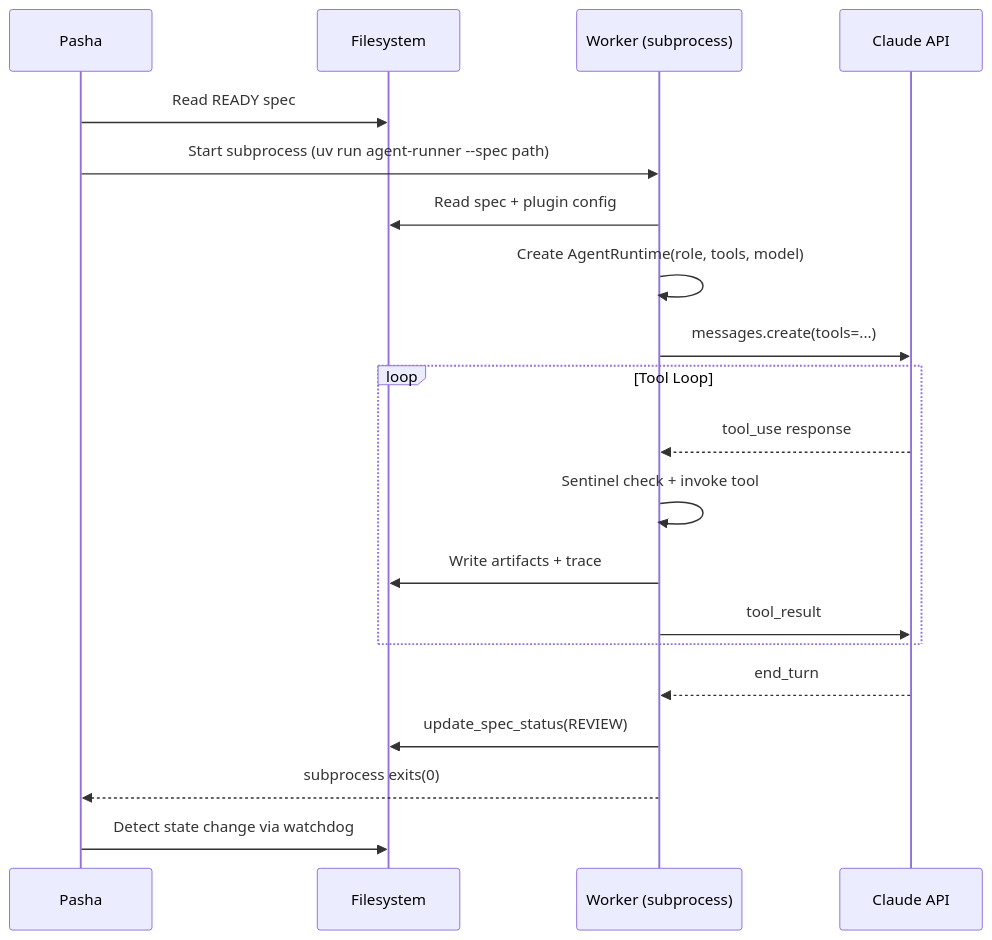
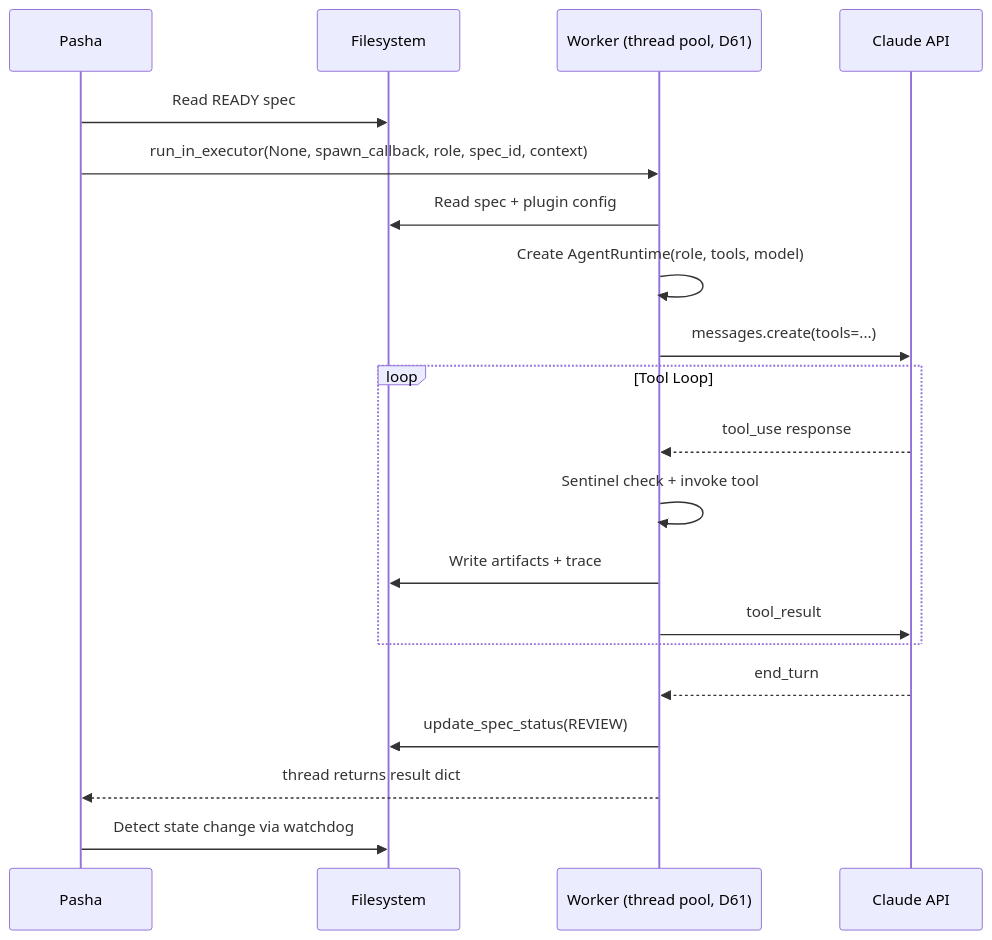
Before and after one commit to stranma/Vizier: the second of 2 diagrams in docs/AGENT_PROTOCOL.md, drawn with Mermaid. The commit also changed other lines of this file and 2 other files, not shown here.

First line of the commit message:
D60-D62: Azure KV, thread pool, model ID decisions and doc updates

````diff
--- a/docs/AGENT_PROTOCOL.md
+++ b/docs/AGENT_PROTOCOL.md
@@ -434,23 +434,23 @@
 ```mermaid
 sequenceDiagram
     participant P as Pasha
     participant FS as Filesystem
-    participant W as Worker (subprocess)
+    participant W as Worker (thread pool, D61)
     participant API as Claude API
 
     P->>FS: Read READY spec
-    P->>W: Start subprocess (uv run agent-runner --spec path)
+    P->>W: run_in_executor(None, spawn_callback, role, spec_id, context)
     W->>FS: Read spec + plugin config
     W->>W: Create AgentRuntime(role, tools, model)
     W->>API: messages.create(tools=...)
     loop Tool Loop
         API-->>W: tool_use response
         W->>W: Sentinel check + invoke tool
         W->>FS: Write artifacts + trace
         W->>API: tool_result
     end
     API-->>W: end_turn
     W->>FS: update_spec_status(REVIEW)
-    W-->>P: subprocess exits(0)
+    W-->>P: thread returns result dict
     P->>FS: Detect state change via watchdog
 ```
````
